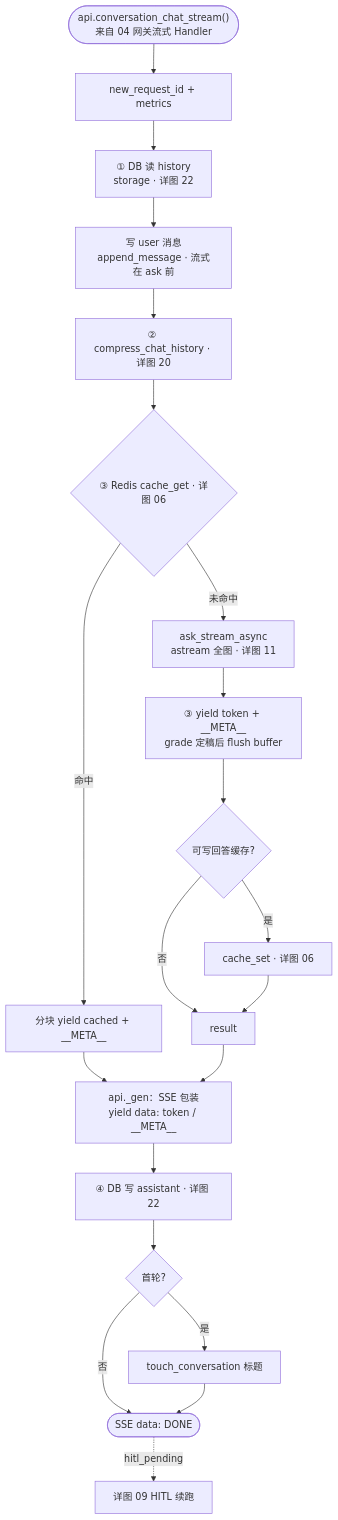
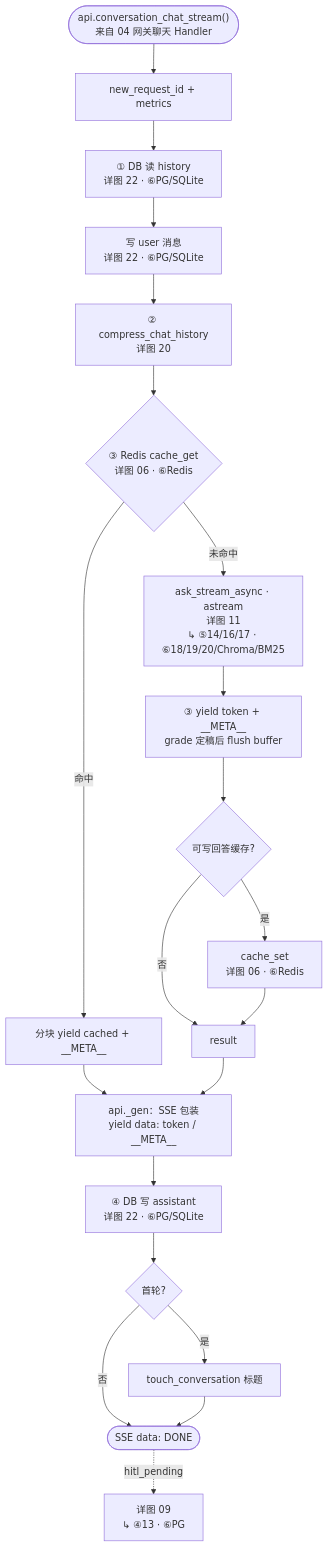
The ninth of 23 diagrams in project_00_rag_agent/docs/architecture.md (charlie-chann/ai-agent-langgraph-main), drawn with Mermaid before and after one commit. The commit also changed other lines of this file and 19 other files, not shown here.

Commit message:
docs(project_00): 完善 Streamlit UI 与启动流程源图

````diff
--- a/project_00_rag_agent/docs/architecture.md
+++ b/project_00_rag_agent/docs/architecture.md
@@ -514,32 +514,31 @@
 ```mermaid
 flowchart TD
-    START(["api.conversation_chat_stream()<br/>来自 04 网关流式 Handler"]) --> RID[new_request_id + metrics]
-    RID --> LOAD["① DB 读 history<br/>storage · 详图 22"]
-    LOAD --> UMSG["写 user 消息<br/>append_message · 流式在 ask 前"]
+    START(["api.conversation_chat_stream()<br/>来自 04 网关聊天 Handler"]) --> RID[new_request_id + metrics]
+    RID --> LOAD["① DB 读 history<br/>详图 22 · ⑥PG/SQLite"]
+    LOAD --> UMSG["写 user 消息<br/>详图 22 · ⑥PG/SQLite"]
 
-    UMSG --> A1["② compress_chat_history · 详图 20"]
-    A1 --> A2{"③ Redis cache_get · 详图 06"}
+    UMSG --> A1["② compress_chat_history<br/>详图 20"]
+    A1 --> A2{"③ Redis cache_get<br/>详图 06 · ⑥Redis"}
 
     A2 -->|命中| A2H[分块 yield cached + __META__]
-    A2 -->|未命中| A3["ask_stream_async<br/>astream 全图 · 详图 11"]
+    A2 -->|未命中| A3["ask_stream_async · astream<br/>详图 11<br/>↳ ⑤14/16/17 · ⑥18/19/20/Chroma/BM25"]
 
     A3 --> A4["③ yield token + __META__<br/>grade 定稿后 flush buffer"]
     A4 --> A5{可写回答缓存?}
-    A5 -->|是| A6[cache_set · 详图 06]
+    A5 -->|是| A6["cache_set<br/>详图 06 · ⑥Redis"]
     A5 -->|否| MERGE[result]
     A6 --> MERGE
 
     A2H --> WRAP
     MERGE --> WRAP["api._gen：SSE 包装<br/>yield data: token / __META__"]
 
-    WRAP --> SAVE["④ DB 写 assistant · 详图 22"]
+    WRAP --> SAVE["④ DB 写 assistant<br/>详图 22 · ⑥PG/SQLite"]
     SAVE --> TIT{首轮?}
     TIT -->|是| TITLE[touch_conversation 标题]
     TIT -->|否| RETURN
     TITLE --> RETURN(["SSE data: DONE"])
 
-    RETURN -.->|hitl_pending| H09[详图 09 HITL 续跑]
+    RETURN -.->|hitl_pending| H09["详图 09<br/>↳ ④13 · ⑥PG"]
 
-    %% ②③④ 前半在 ask_stream_async；① 写 user、SSE、落库在 api._gen
-    %% 与 07 差异：astream、先写 user、yield；执行/HITL 细节见 11/09
+    %% 与 07 差异：astream、先写 user、yield+SSE；执行内工具/基建见 11 框标注
 ```
````
